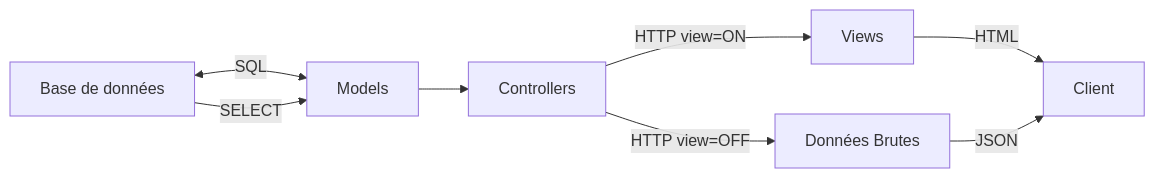
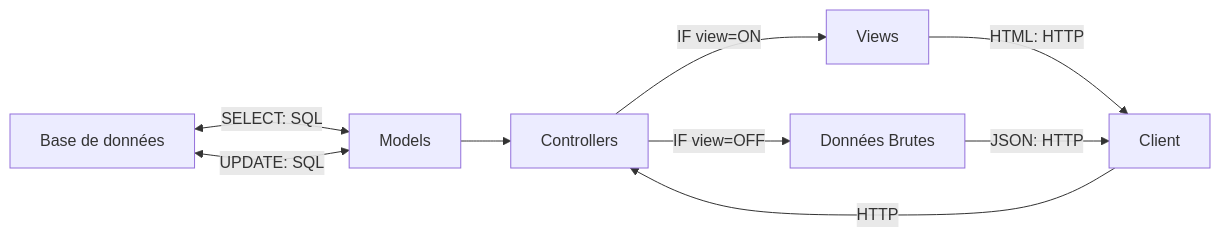
The diagram in README.md (FloRobart/Econoris_server), drawn with Mermaid before and after one commit.

Commit message:
update diagramme

````diff
--- a/README.md
+++ b/README.md
@@ -27,11 +27,12 @@
 ```mermaid
 flowchart LR
 
-A[Base de données] <-->|SQL| B[Models]
-A -->|SELECT| B
+A[Base de données] <-->|SELECT: SQL| B[Models]
+A <-->|UPDATE: SQL| B
 B --> C[Controllers]
-C -->|HTTP view=ON| D[Views]
-C -->|HTTP view=OFF| E[Données Brutes]
-D -->|HTML| F[Client]
-E -->|JSON| F
+C -->|IF view=ON| D[Views]
+C -->|IF view=OFF| E[Données Brutes]
+D -->|HTML: HTTP| F[Client]
+E -->|JSON: HTTP| F
+F -->|HTTP| C
 ```
````
